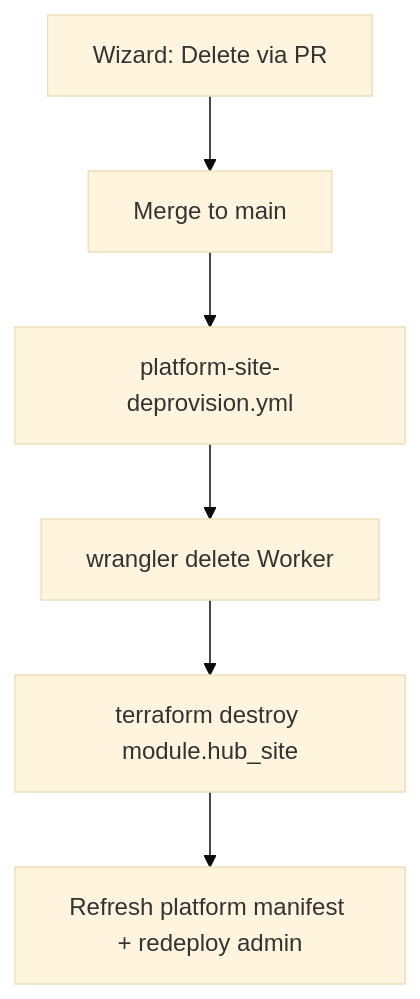
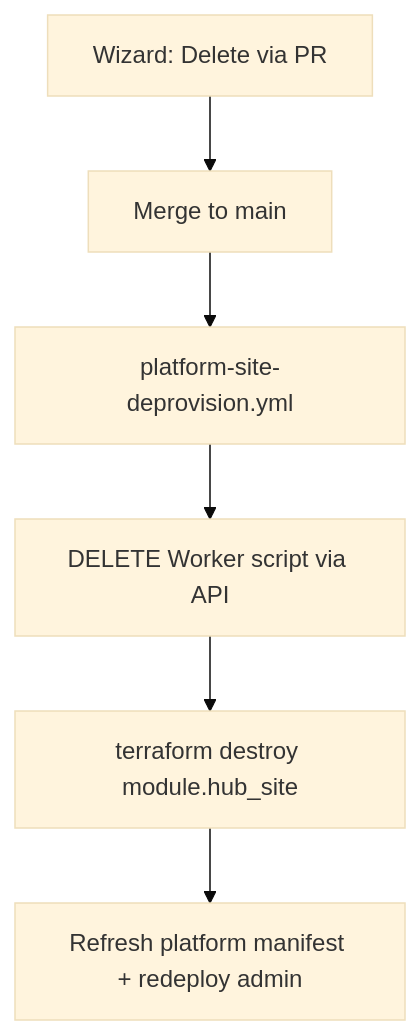
Before and after one commit to marklovely/home-dashboard: the second of 2 diagrams in docs/platform-provision.md, drawn with Mermaid (base theme). The commit also changed other lines of this file and 2 other files, not shown here.

Commit message:
Delete Workers via Cloudflare API during deprovision.
wrangler delete probes KV namespaces and fails with auth error 10000 when the CI token lacks KV read; use DELETE /workers/scripts instead.

````diff
--- a/docs/platform-provision.md
+++ b/docs/platform-provision.md
@@ -292,8 +292,8 @@
 ```mermaid
 flowchart TD
   A[Wizard: Delete via PR] --> B[Merge to main]
   B --> C[platform-site-deprovision.yml]
-  C --> D[wrangler delete Worker]
+  C --> D[DELETE Worker script via API]
   D --> E[terraform destroy module.hub_site]
   E --> F[Refresh platform manifest + redeploy admin]
 ```
````
